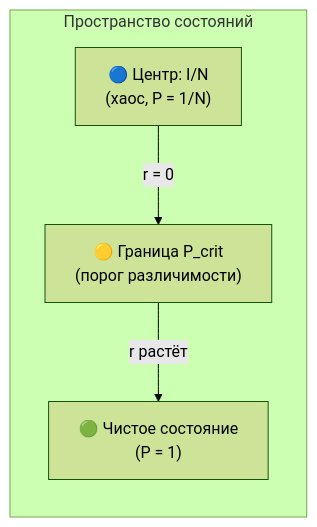
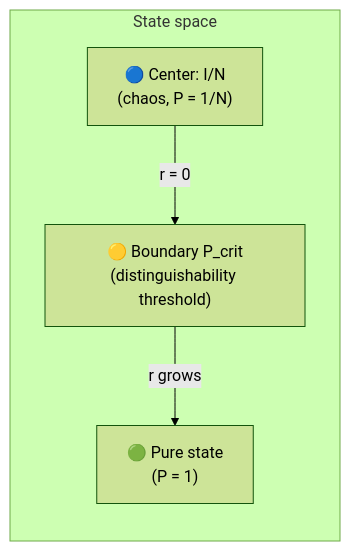
Before and after one commit to gst-st/uhm: the first of 2 diagrams in website/docs/applied/research/poincare-perelman.md, drawn with Mermaid (forest theme). The commit also changed other lines of this file and 79 other files, not shown here.

````diff
--- a/website/docs/applied/research/poincare-perelman.md
+++ b/website/docs/applied/research/poincare-perelman.md
@@ -188,10 +188,10 @@
 ```mermaid
 graph LR
-    subgraph "Пространство состояний"
-        C["🔵 Центр: I/N<br/>(хаос, P = 1/N)"]
-        R["🟡 Граница P_crit<br/>(порог различимости)"]
-        S["🟢 Чистое состояние<br/>(P = 1)"]
+    subgraph "State space"
+        C["🔵 Center: I/N<br/>(chaos, P = 1/N)"]
+        R["🟡 Boundary P_crit<br/>(distinguishability threshold)"]
+        S["🟢 Pure state<br/>(P = 1)"]
     end
     C -->|"r = 0"| R
-    R -->|"r растёт"| S
+    R -->|"r grows"| S
 ```
````
